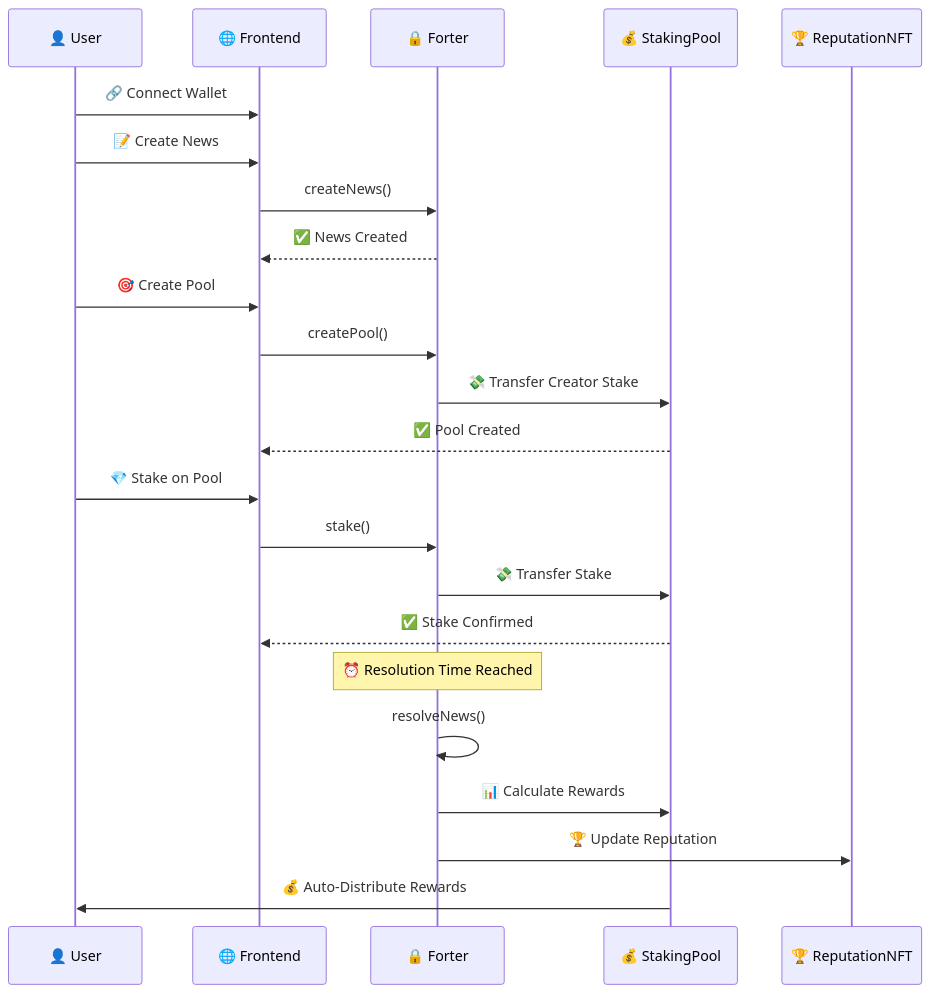
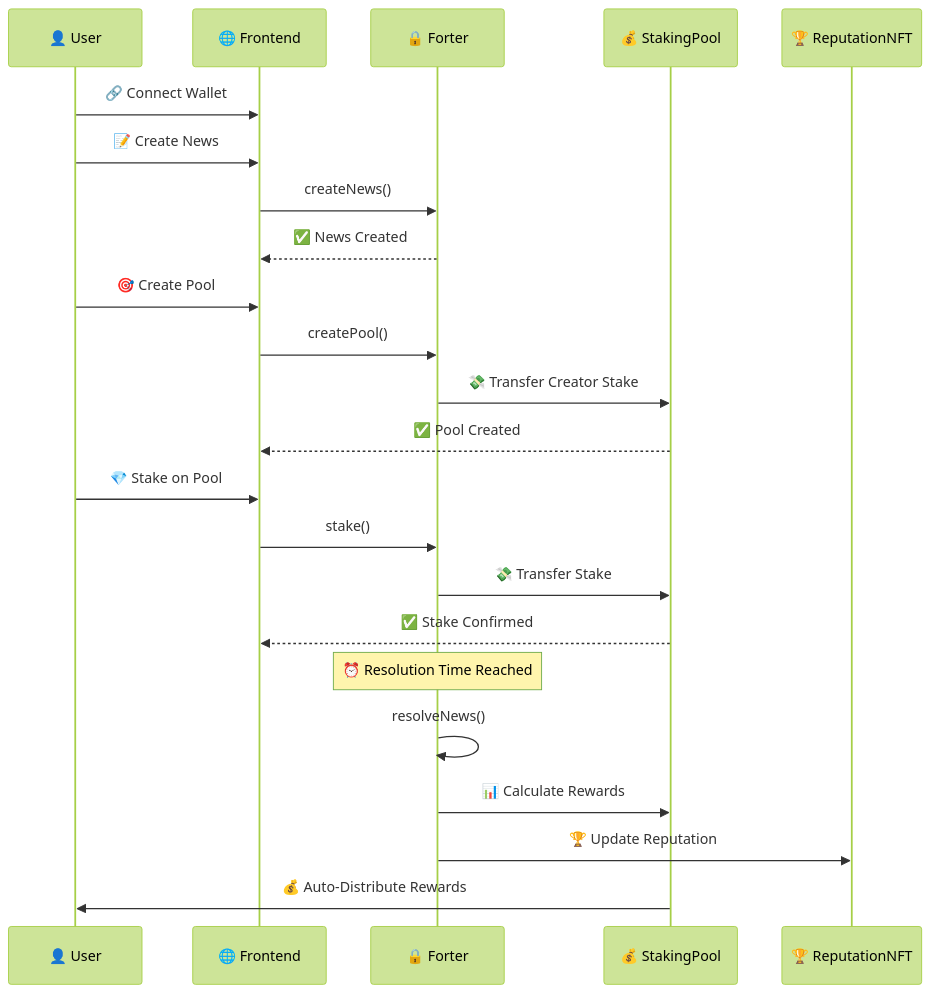
Before and after one commit to luthfidi/forter-news: the second of 2 diagrams in README.MD, drawn with Mermaid.

Commit message:
change mermaid theme

````diff
--- a/README.MD
+++ b/README.MD
@@ -222,30 +222,30 @@
 ```mermaid
-%%{init: {'theme': 'default'}}%%
+%%{init: {'theme': 'forest'}}%%
 sequenceDiagram
     participant User as 👤 User
     participant Frontend as 🌐 Frontend
     participant Forter as 🔒 Forter
     participant StakingPool as 💰 StakingPool
     participant ReputationNFT as 🏆 ReputationNFT
 
     User->>Frontend: 🔗 Connect Wallet
     User->>Frontend: 📝 Create News
     Frontend->>Forter: createNews()
     Forter-->>Frontend: ✅ News Created
 
     User->>Frontend: 🎯 Create Pool
     Frontend->>Forter: createPool()
     Forter->>StakingPool: 💸 Transfer Creator Stake
     StakingPool-->>Frontend: ✅ Pool Created
 
     User->>Frontend: 💎 Stake on Pool
     Frontend->>Forter: stake()
     Forter->>StakingPool: 💸 Transfer Stake
     StakingPool-->>Frontend: ✅ Stake Confirmed
 
     Note over Forter: ⏰ Resolution Time Reached
     Forter->>Forter: resolveNews()
     Forter->>StakingPool: 📊 Calculate Rewards
     Forter->>ReputationNFT: 🏆 Update Reputation
     StakingPool->>User: 💰 Auto-Distribute Rewards
 ```
````
